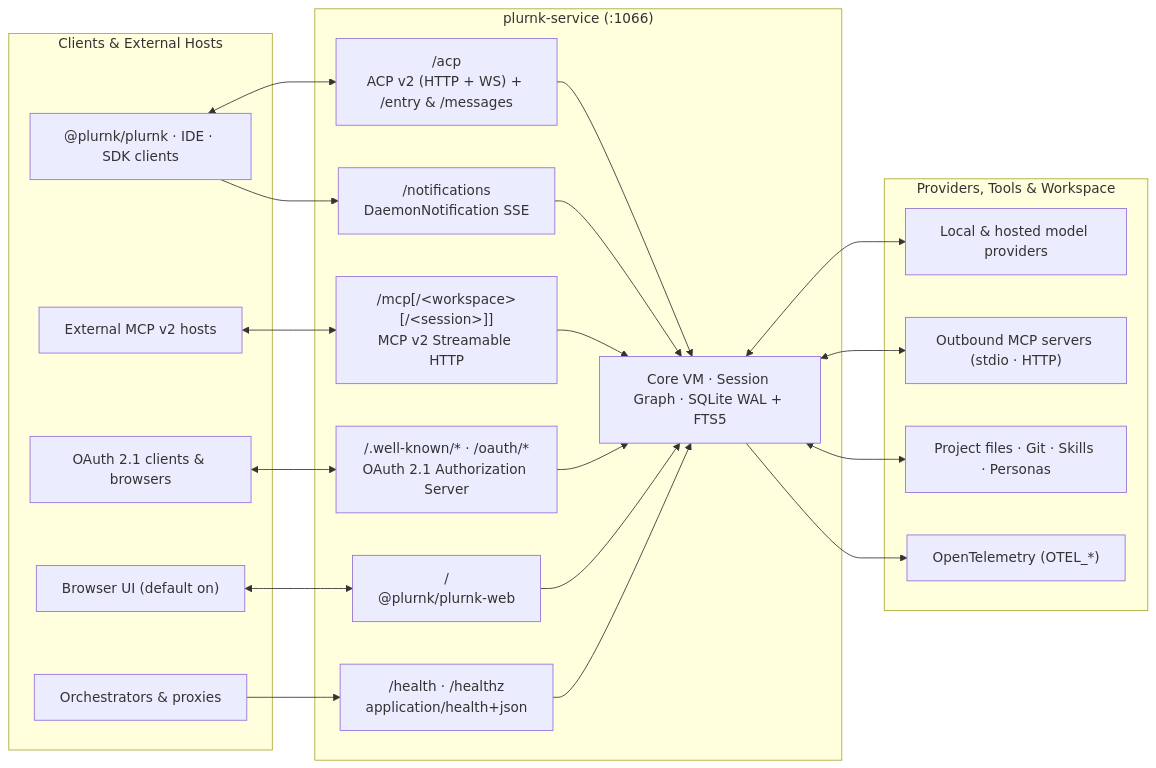
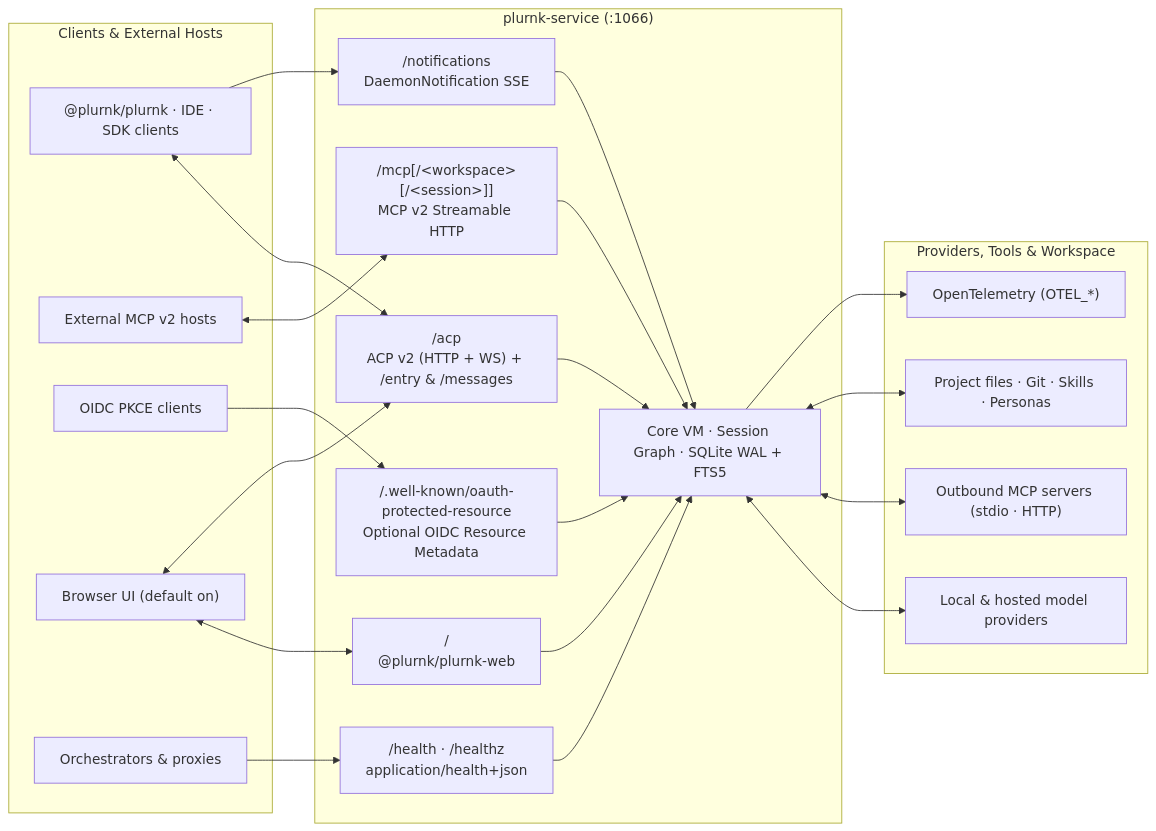
The diagram in README.md (plurnk/plurnk-service), drawn with Mermaid before and after one commit. The commit also changed other lines of this file and 99 other files, not shown here.

Commit message:
refactor(auth)!: default loopback to zero-password and adopt OIDC resource server (#1547)

````diff
--- a/README.md
+++ b/README.md
@@ -19,39 +19,40 @@
 ```mermaid
 flowchart LR
     subgraph Inbound["Clients & External Hosts"]
         cli["@plurnk/plurnk · IDE · SDK clients"]
         mcpHosts["External MCP v2 hosts"]
-        authClients["OAuth 2.1 clients & browsers"]
+        authClients["OIDC PKCE clients"]
         browser["Browser UI (default on)"]
         probes["Orchestrators & proxies"]
     end
 
     subgraph Listener["plurnk-service (:1066)"]
         acp["/acp<br/>ACP v2 (HTTP + WS) + /entry & /messages"]
         mcp["/mcp[/&lt;workspace&gt;[/&lt;session&gt;]]<br/>MCP v2 Streamable HTTP"]
         notifications["/notifications<br/>DaemonNotification SSE"]
-        oauth["/.well-known/* · /oauth/*<br/>OAuth 2.1 Authorization Server"]
+        oauth["/.well-known/oauth-protected-resource<br/>Optional OIDC Resource Metadata"]
         web["/<br/>@plurnk/plurnk-web"]
         health["/health · /healthz<br/>application/health+json"]
         core["Core VM · Session Graph · SQLite WAL + FTS5"]
         acp & mcp & notifications & oauth & web & health --> core
     end
 
     subgraph Outbound["Providers, Tools & Workspace"]
         models["Local & hosted model providers"]
         extMcp["Outbound MCP servers (stdio · HTTP)"]
         workspace["Project files · Git · Skills · Personas"]
         otel["OpenTelemetry (OTEL_*)"]
     end
 
     cli <--> acp
     cli --> notifications
     mcpHosts <--> mcp
-    authClients <--> oauth
+    authClients --> oauth
     browser <--> web
+    browser <--> acp
     probes --> health
     core <--> models
     core <--> extMcp
     core <--> workspace
     core --> otel
 ```
````
